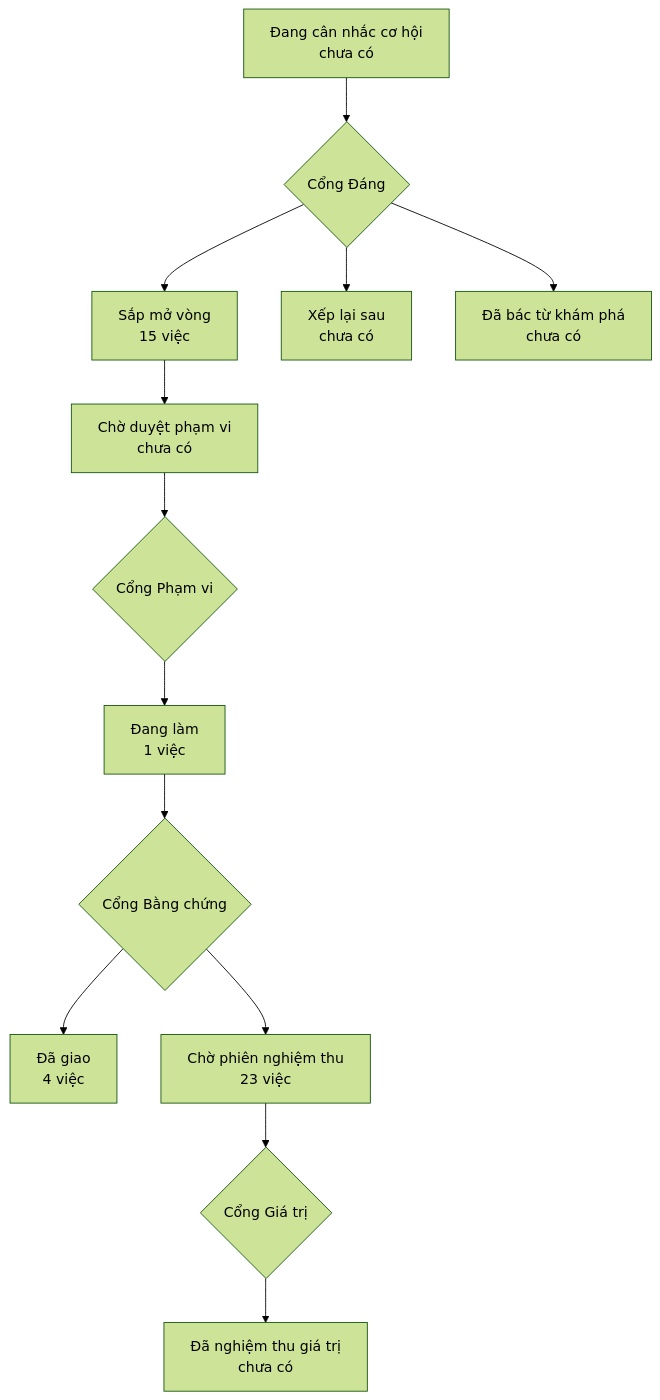
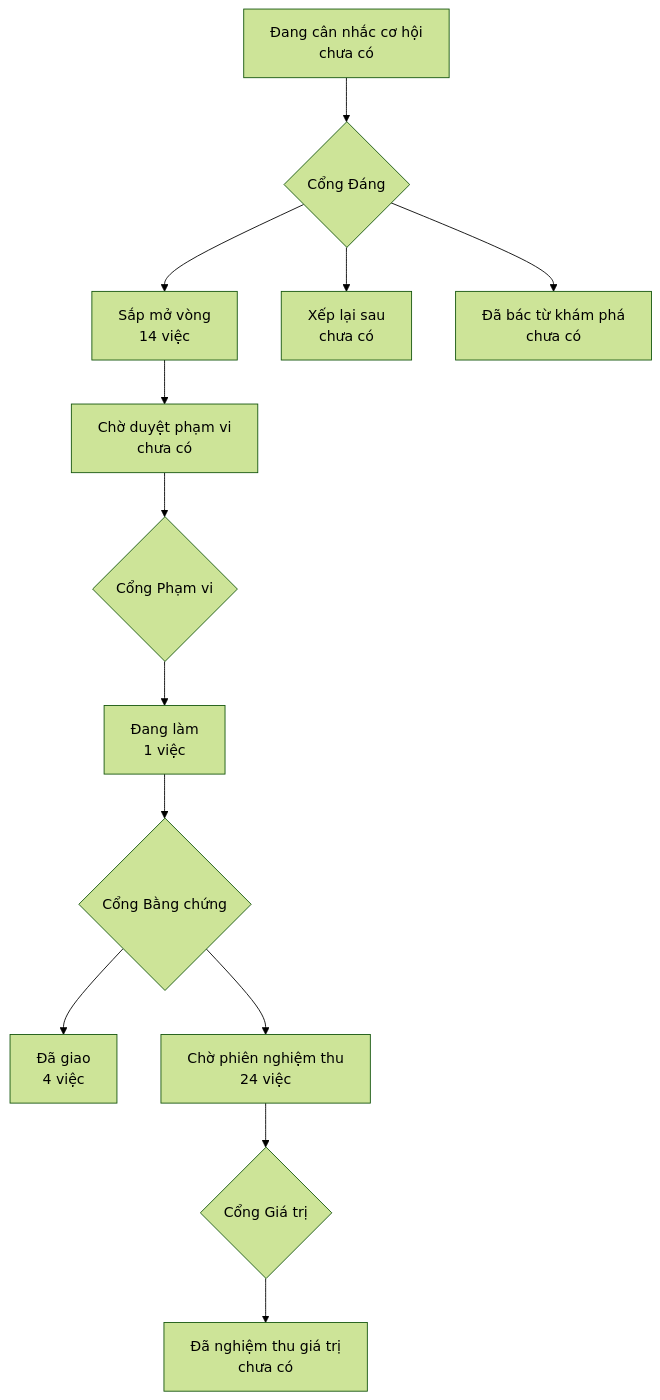
Before and after one commit to phanlemanh/onehub-quy-hang: the diagram in PRODUCT-MAP.md, drawn with Mermaid (forest theme). The commit also changed 2 other files, not shown here.

Commit message:
chore(nhan-danh-muc-invest): sổ S3 và vẽ lại bản đồ

````diff
--- a/PRODUCT-MAP.md
+++ b/PRODUCT-MAP.md
@@ -7,12 +7,12 @@
 ```mermaid
 flowchart TD
   A["Đang cân nhắc cơ hội<br/>chưa có"] --> GD{"Cổng Đáng"}
-  GD --> B["Sắp mở vòng<br/>15 việc"]
+  GD --> B["Sắp mở vòng<br/>14 việc"]
   GD --> XL["Xếp lại sau<br/>chưa có"]
   GD --> DB["Đã bác từ khám phá<br/>chưa có"]
   B --> CD["Chờ duyệt phạm vi<br/>chưa có"] --> GP{"Cổng Phạm vi"}
   GP --> DL["Đang làm<br/>1 việc"] --> GB{"Cổng Bằng chứng"}
   GB --> DG["Đã giao<br/>4 việc"]
-  GB --> CN["Chờ phiên nghiệm thu<br/>23 việc"] --> GG{"Cổng Giá trị"}
+  GB --> CN["Chờ phiên nghiệm thu<br/>24 việc"] --> GG{"Cổng Giá trị"}
   GG --> NT["Đã nghiệm thu giá trị<br/>chưa có"]
 ```
````
